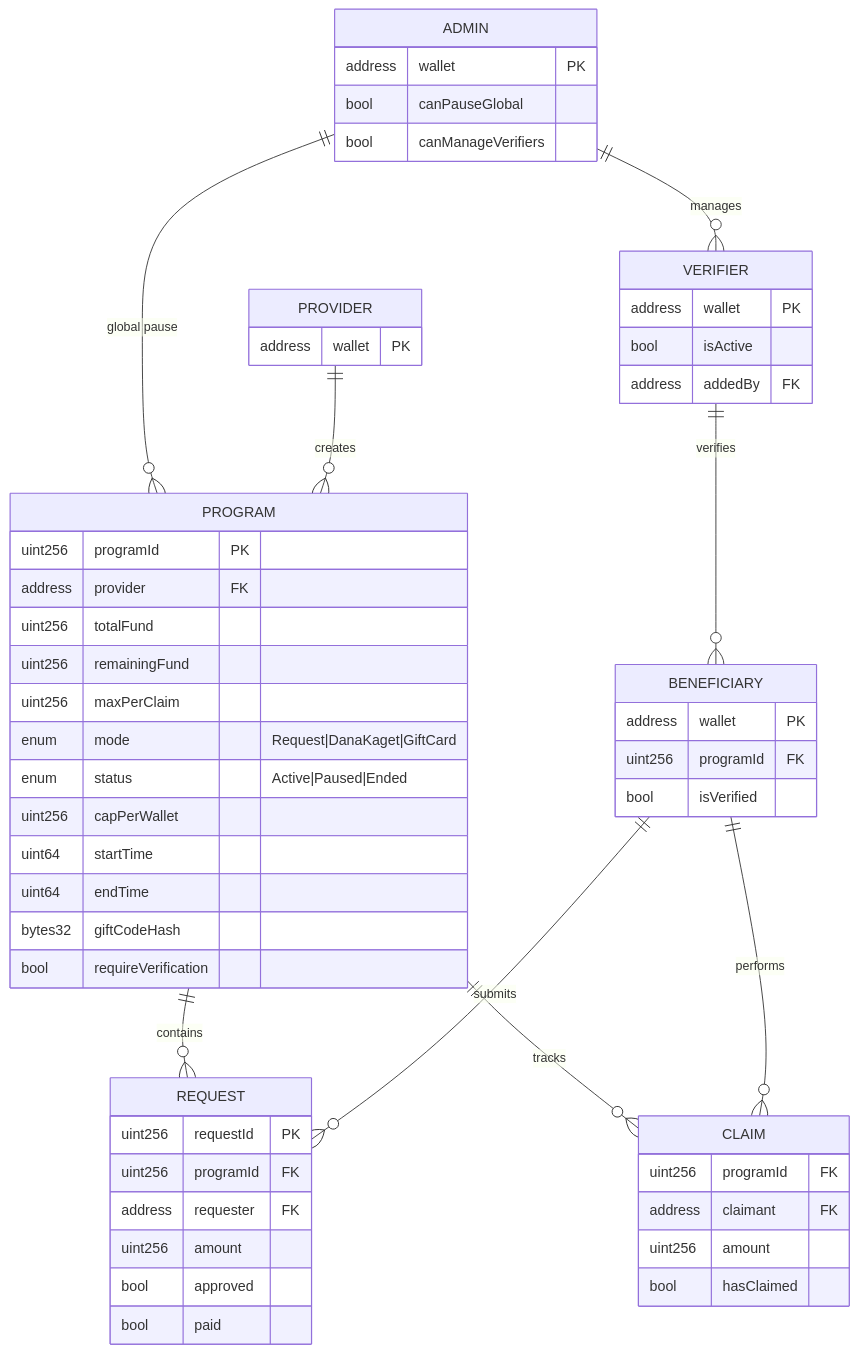
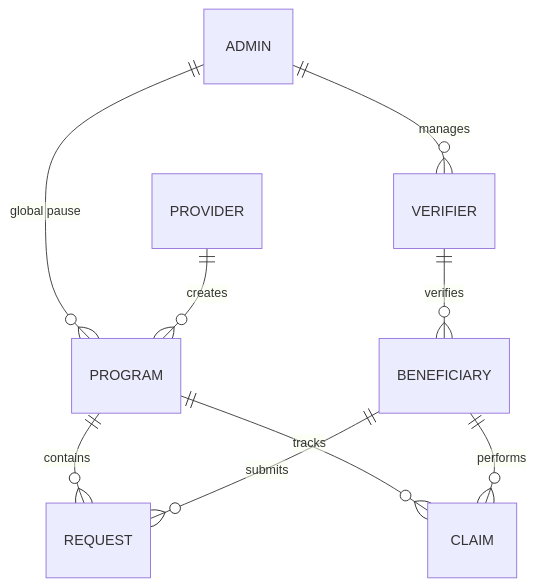
One commit to raflimulyarahman/PocketGrant changed the first of 11 diagrams in WALKTHROUGH.md. Above: the diagram before and after it, drawn with Mermaid. The commit also changed other lines of this file, not shown here.

Commit message:
docs: Refactor entity details presentation from block definitions to a markdown table.

````diff
--- a/WALKTHROUGH.md
+++ b/WALKTHROUGH.md
@@ -23,66 +23,13 @@
 ```mermaid
 erDiagram
     ADMIN ||--o{ VERIFIER : manages
     ADMIN ||--o{ PROGRAM : "global pause"
 
     PROVIDER ||--o{ PROGRAM : creates
     PROGRAM ||--o{ REQUEST : contains
     PROGRAM ||--o{ CLAIM : tracks
 
     VERIFIER ||--o{ BENEFICIARY : verifies
     BENEFICIARY ||--o{ REQUEST : submits
     BENEFICIARY ||--o{ CLAIM : performs
-
-    ADMIN {
-        address wallet PK
-        bool canPauseGlobal
-        bool canManageVerifiers
-    }
-
-    VERIFIER {
-        address wallet PK
-        bool isActive
-        address addedBy FK
-    }
-
-    PROVIDER {
-        address wallet PK
-    }
-
-    PROGRAM {
-        uint256 programId PK
-        address provider FK
-        uint256 totalFund
-        uint256 remainingFund
-        uint256 maxPerClaim
-        enum mode "Request|DanaKaget|GiftCard"
-        enum status "Active|Paused|Ended"
-        uint256 capPerWallet
-        uint64 startTime
-        uint64 endTime
-        bytes32 giftCodeHash
-        bool requireVerification
-    }
-
-    REQUEST {
-        uint256 requestId PK
-        uint256 programId FK
-        address requester FK
-        uint256 amount
-        bool approved
-        bool paid
-    }
-
-    CLAIM {
-        uint256 programId FK
-        address claimant FK
-        uint256 amount
-        bool hasClaimed
-    }
-
-    BENEFICIARY {
-        address wallet PK
-        uint256 programId FK
-        bool isVerified
-    }
 ```
````
